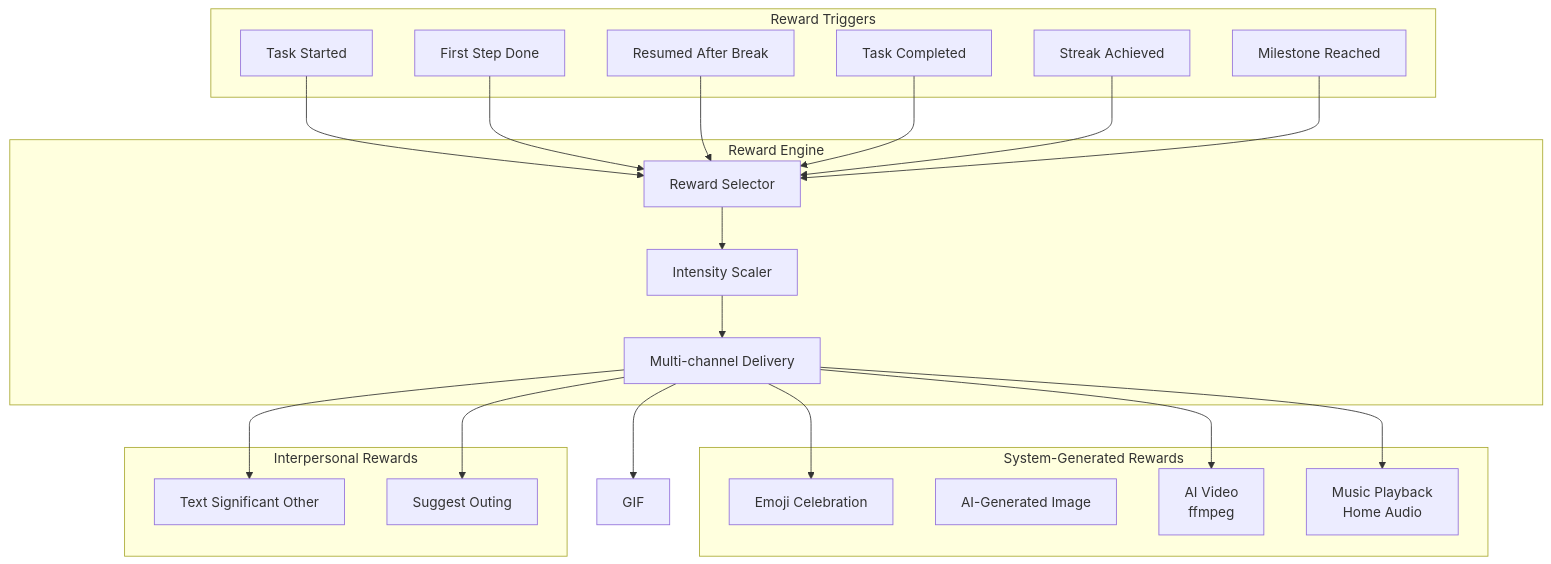
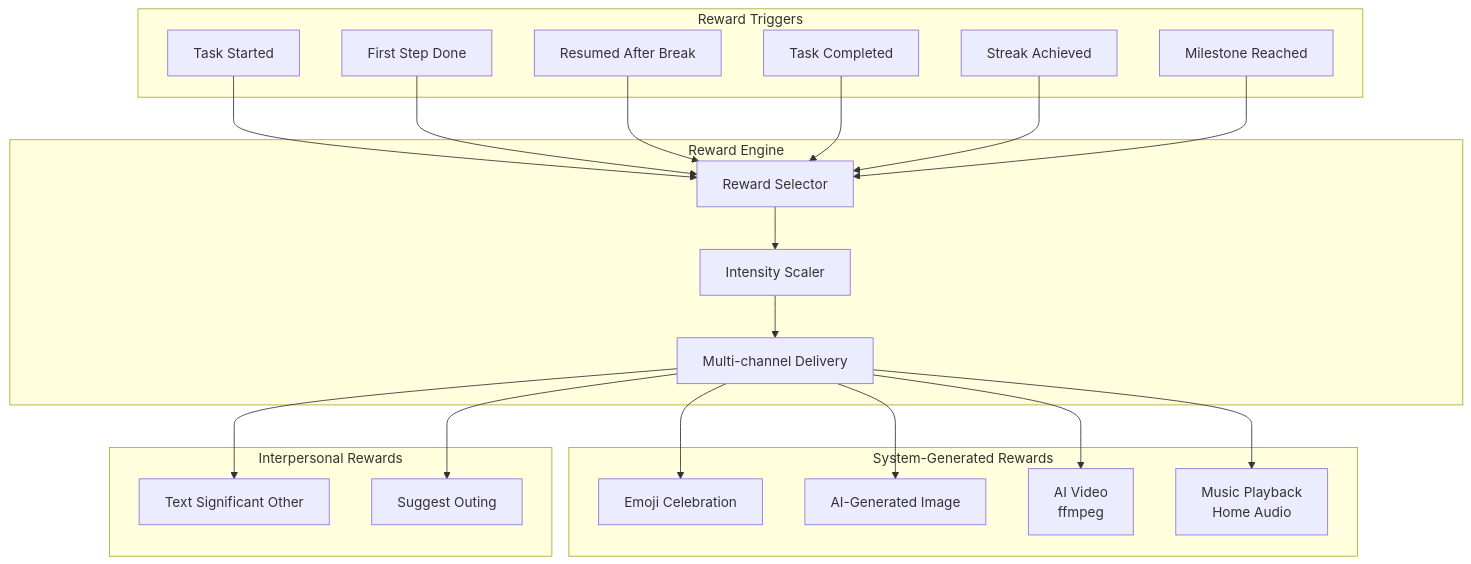
The second of 18 diagrams in docs/reward-system.md (NickBorgersProbably/hide-my-list), drawn with Mermaid before and after one commit. The commit also changed 1 other file, not shown here.

Commit message:
Fix remaining stale references missed in initial documentation reconciliation
- reward-system.md: replace leftover GIF node with Image in delivery flowchart
- notion-schema.md: align urgency inference table to 4-tier ranges matching ai-prompts.md and task-lifecycle.md

````diff
--- a/docs/reward-system.md
+++ b/docs/reward-system.md
@@ -59,46 +59,46 @@
 ```mermaid
 flowchart TB
     subgraph Trigger["Reward Triggers"]
         Initiation[Task Started]
         FirstStep[First Step Done]
         Resume[Resumed After Break]
         Complete[Task Completed]
         Streak[Streak Achieved]
         Milestone[Milestone Reached]
     end
 
     subgraph Engine["Reward Engine"]
         Select[Reward Selector]
         Scale[Intensity Scaler]
         Deliver[Multi-channel Delivery]
     end
 
     subgraph SystemRewards["System-Generated Rewards"]
         Emoji[Emoji Celebration]
         Image[AI-Generated Image]
         Video[AI Video<br/>ffmpeg]
         Music[Music Playback<br/>Home Audio]
     end
 
     subgraph InterpersonalRewards["Interpersonal Rewards"]
         TextSO[Text Significant Other]
         Outing[Suggest Outing]
     end
 
     Initiation --> Select
     FirstStep --> Select
     Resume --> Select
     Complete --> Select
     Streak --> Select
     Milestone --> Select
 
     Select --> Scale
     Scale --> Deliver
 
     Deliver --> Emoji
-    Deliver --> GIF
+    Deliver --> Image
     Deliver --> Video
     Deliver --> Music
     Deliver --> TextSO
     Deliver --> Outing
 ```
````
